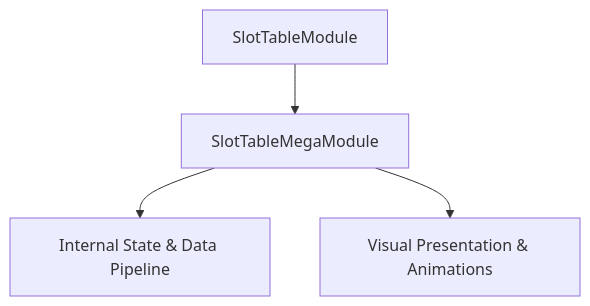
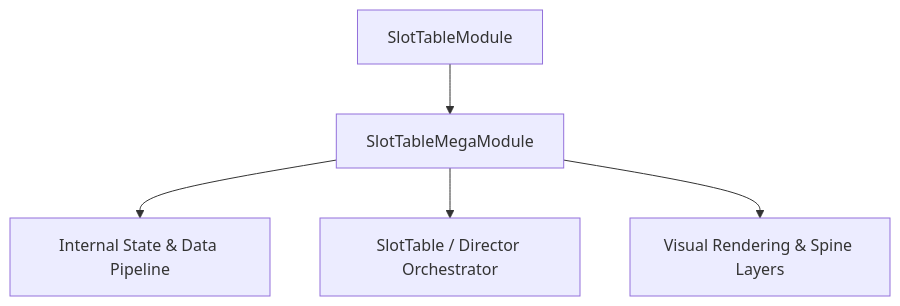
The diagram in docs/cc_slot_mechanics/modules/SlotTableMegaModule/01_overview/01_architecture_and_role.md (lam-ark/mcp-fwcc), drawn with Mermaid before and after one commit. The commit also changed other lines of this file and 2509 other files, not shown here.

````diff
--- a/docs/cc_slot_mechanics/modules/SlotTableMegaModule/01_overview/01_architecture_and_role.md
+++ b/docs/cc_slot_mechanics/modules/SlotTableMegaModule/01_overview/01_architecture_and_role.md
@@ -18,6 +24,7 @@
 ```mermaid
 graph TD
-    Parent[SlotTableModule] --> Mod[SlotTableMegaModule]
-    Mod --> State[Internal State & Data Pipeline]
-    Mod --> Render[Visual Presentation & Animations]
+    SuperClass[SlotTableModule] --> TargetClass[SlotTableMegaModule]
+    TargetClass --> DataPipeline[Internal State & Data Pipeline]
+    TargetClass --> Orchestrator[SlotTable / Director Orchestrator]
+    TargetClass --> ViewLayer[Visual Rendering & Spine Layers]
 ```
````
